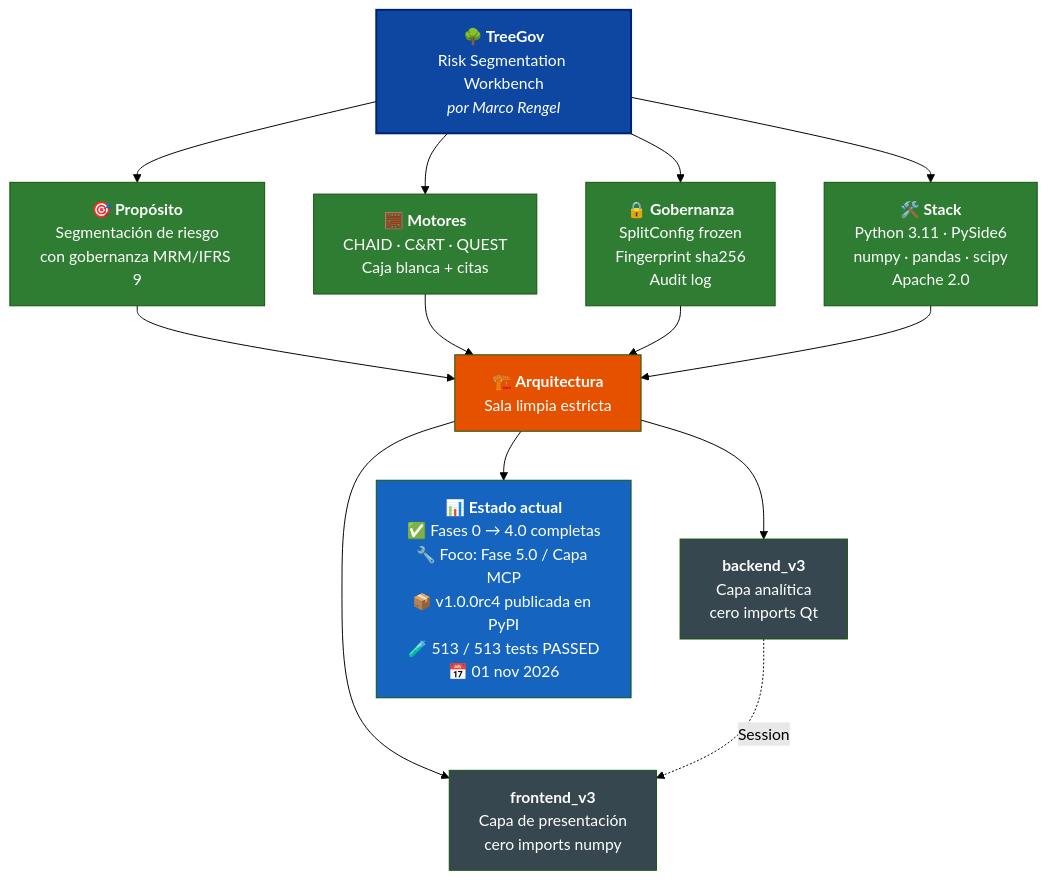
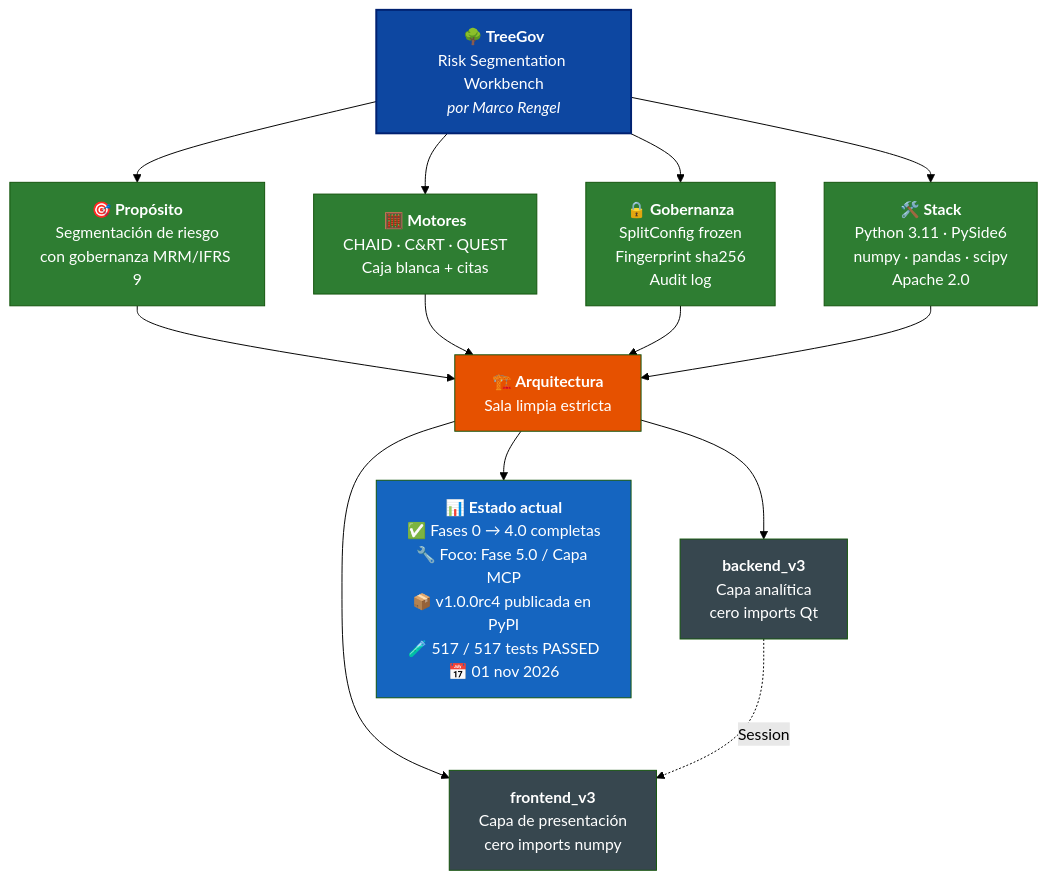
One commit to Marco-Rengel/treegov changed the diagram in README.es.md. Above: the diagram before and after it, drawn with Mermaid (forest theme). The commit also changed 15 other files, not shown here.

````diff
--- a/README.es.md
+++ b/README.es.md
@@ -38,31 +38,31 @@
 ```mermaid
 flowchart TB
     TG["<b>🌳 TreeGov</b><br/>Risk Segmentation Workbench<br/><i>por Marco Rengel</i>"]
 
     TG --> P["<b>🎯 Propósito</b><br/>Segmentación de riesgo<br/>con gobernanza MRM/IFRS 9"]
     TG --> M["<b>🧮 Motores</b><br/>CHAID · C&RT · QUEST<br/>Caja blanca + citas"]
     TG --> G["<b>🔒 Gobernanza</b><br/>SplitConfig frozen<br/>Fingerprint sha256<br/>Audit log"]
     TG --> S["<b>🛠️ Stack</b><br/>Python 3.11 · PySide6<br/>numpy · pandas · scipy<br/>Apache 2.0"]
 
     P --> ARQ["<b>🏗️ Arquitectura</b><br/>Sala limpia estricta"]
     M --> ARQ
     G --> ARQ
     S --> ARQ
 
     ARQ --> BE["<b>backend_v3</b><br/>Capa analítica<br/>cero imports Qt"]
     ARQ --> FE["<b>frontend_v3</b><br/>Capa de presentación<br/>cero imports numpy"]
 
     BE -.->|Session| FE
 
-    ARQ --> ST["<b>📊 Estado actual</b><br/>✅ Fases 0 → 4.0 completas<br/>🔧 Foco: Fase 5.0 / Capa MCP<br/>📦 v1.0.0rc4 publicada en PyPI<br/>🧪 513 / 513 tests PASSED<br/>📅 01 nov 2026"]
+    ARQ --> ST["<b>📊 Estado actual</b><br/>✅ Fases 0 → 4.0 completas<br/>🔧 Foco: Fase 5.0 / Capa MCP<br/>📦 v1.0.0rc4 publicada en PyPI<br/>🧪 517 / 517 tests PASSED<br/>📅 01 nov 2026"]
 
     style TG fill:#0D47A1,color:#fff,stroke:#002171,stroke-width:2px
     style P fill:#2E7D32,color:#fff
     style M fill:#2E7D32,color:#fff
     style G fill:#2E7D32,color:#fff
     style S fill:#2E7D32,color:#fff
     style ARQ fill:#E65100,color:#fff
     style BE fill:#37474F,color:#fff
     style FE fill:#37474F,color:#fff
     style ST fill:#1565C0,color:#fff
 ```
````
